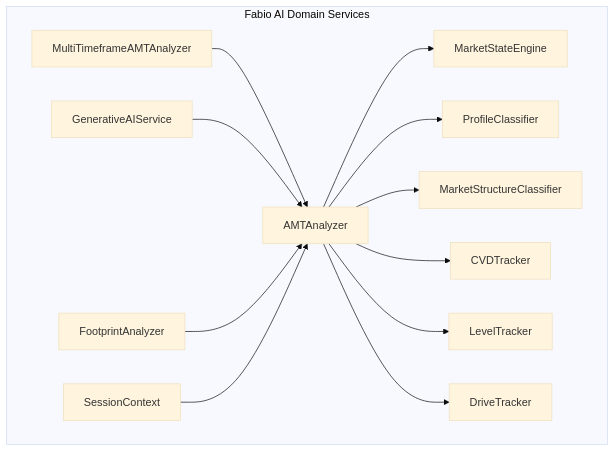
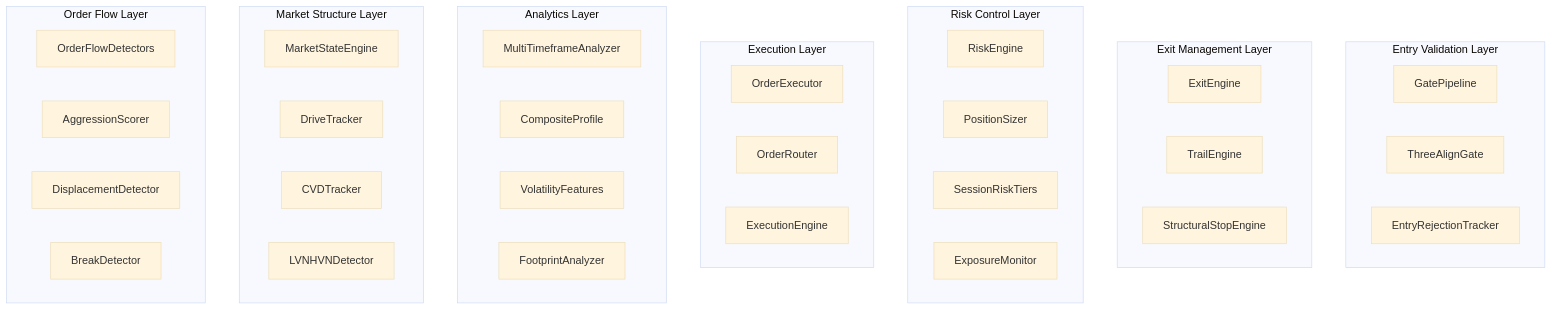
The first of 7 diagrams in .qoder/repowiki/en/content/Backend Application/Domain Services/Domain Services.md (gemrajkhatry-maker/v5-of-glassytrade-ai), drawn with Mermaid (base theme) before and after one commit. The commit also changed other lines of this file and 930 other files, not shown here.

````diff
--- a/.qoder/repowiki/en/content/Backend Application/Domain Services/Domain Services.md
+++ b/.qoder/repowiki/en/content/Backend Application/Domain Services/Domain Services.md
@@ -47,26 +126,42 @@
 ```mermaid
 graph TB
-subgraph "Fabio AI Domain Services"
-AMT["AMTAnalyzer"]
-MTF["MultiTimeframeAMTAnalyzer"]
+subgraph "Entry Validation Layer"
+GP["GatePipeline"]
+TAG["ThreeAlignGate"]
+ER["EntryRejectionTracker"]
+end
+subgraph "Exit Management Layer"
+EE["ExitEngine"]
+TE["TrailEngine"]
+SSE["StructuralStopEngine"]
+end
+subgraph "Risk Control Layer"
+RE["RiskEngine"]
+PS["PositionSizer"]
+SRT["SessionRiskTiers"]
+EM["ExposureMonitor"]
+end
+subgraph "Execution Layer"
+OE["OrderExecutor"]
+OR["OrderRouter"]
+EE2["ExecutionEngine"]
+end
+subgraph "Analytics Layer"
+MTF["MultiTimeframeAnalyzer"]
+CP["CompositeProfile"]
+VF["VolatilityFeatures"]
+FA["FootprintAnalyzer"]
+end
+subgraph "Market Structure Layer"
 MSE["MarketStateEngine"]
-GAIS["GenerativeAIService"]
-FA["FootprintAnalyzer"]
-LT["LevelTracker"]
 DT["DriveTracker"]
-CVDT["CVDTracker"]
-SC["SessionContext"]
-PC["ProfileClassifier"]
-MSC["MarketStructureClassifier"]
+CVD["CVDTracker"]
+LVN["LVNHVNDetector"]
 end
-AMT --> MSE
-AMT --> PC
-AMT --> MSC
-AMT --> CVDT
-AMT --> LT
-AMT --> DT
-MTF --> AMT
-GAIS --> AMT
-FA --> AMT
-SC --> AMT
+subgraph "Order Flow Layer"
+OD["OrderFlowDetectors"]
+AS["AggressionScorer"]
+DD["DisplacementDetector"]
+BD["BreakDetector"]
+end
 ```
````
